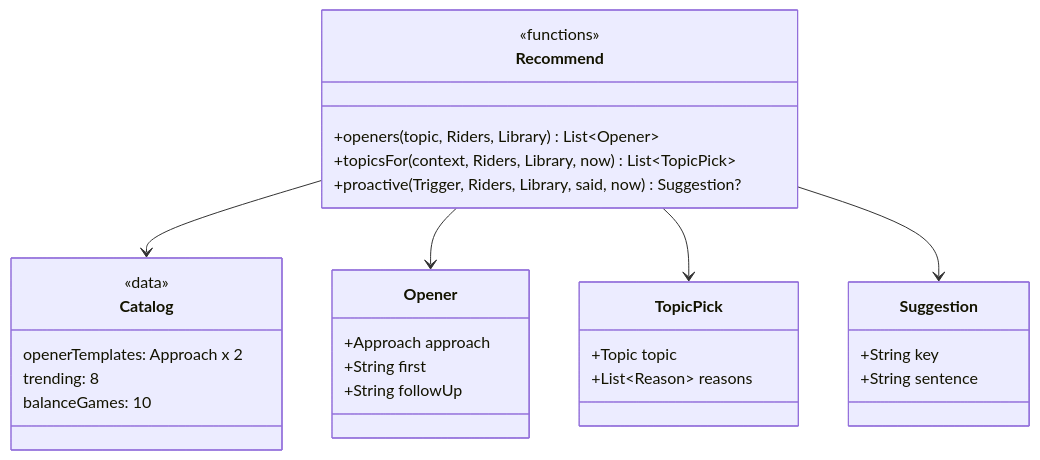
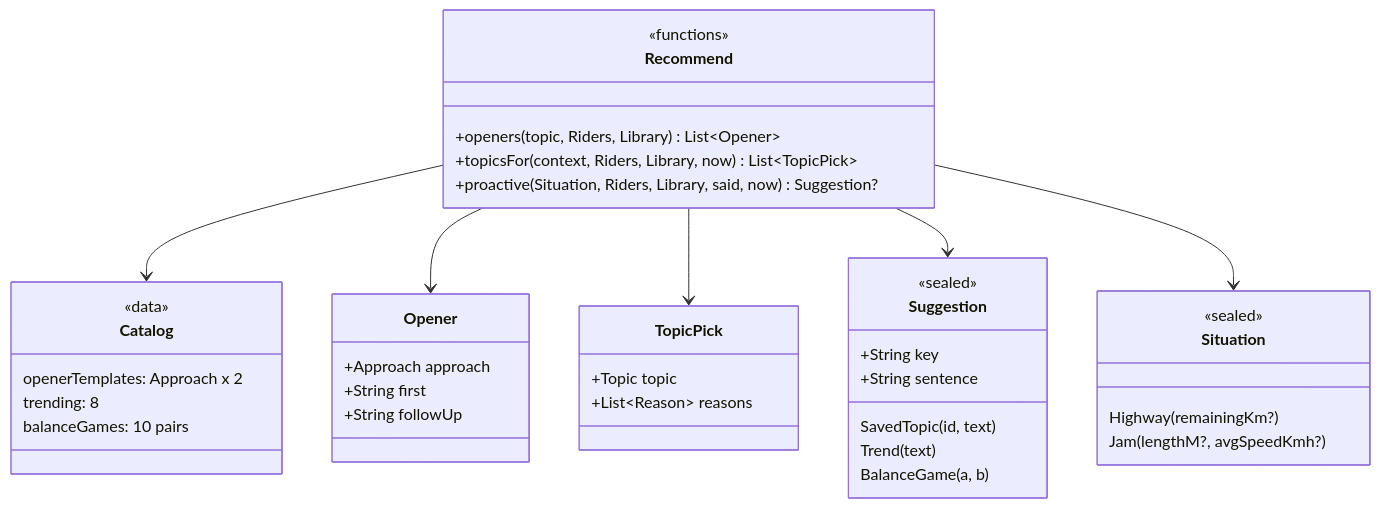
One commit to kanghwayuri/SAIGIL changed the second of 5 diagrams in docs/class-diagram.md. Above: the diagram before and after it, drawn with Mermaid. The commit also changed other lines of this file and 9 other files, not shown here.

First line of the commit message:
feat: type suggestions and situations, start a jam with a balance game

````diff
--- a/docs/class-diagram.md
+++ b/docs/class-diagram.md
@@ -89,32 +89,42 @@
 ```mermaid
 classDiagram
     class Recommend {
         <<functions>>
         +openers(topic, Riders, Library) List~Opener~
         +topicsFor(context, Riders, Library, now) List~TopicPick~
-        +proactive(Trigger, Riders, Library, said, now) Suggestion?
+        +proactive(Situation, Riders, Library, said, now) Suggestion?
     }
     class Opener {
         +Approach approach
         +String first
         +String followUp
     }
     class TopicPick {
         +Topic topic
         +List~Reason~ reasons
     }
+    class Situation {
+        <<sealed>>
+        Highway(remainingKm?)
+        Jam(lengthM?, avgSpeedKmh?)
+    }
     class Suggestion {
+        <<sealed>>
         +String key
         +String sentence
+        SavedTopic(id, text)
+        Trend(text)
+        BalanceGame(a, b)
     }
     class Catalog {
         <<data>>
         openerTemplates: Approach x 2
         trending: 8
-        balanceGames: 10
+        balanceGames: 10 pairs
     }
     Recommend --> Catalog
     Recommend --> Opener
     Recommend --> TopicPick
     Recommend --> Suggestion
+    Recommend --> Situation
 ```
````
